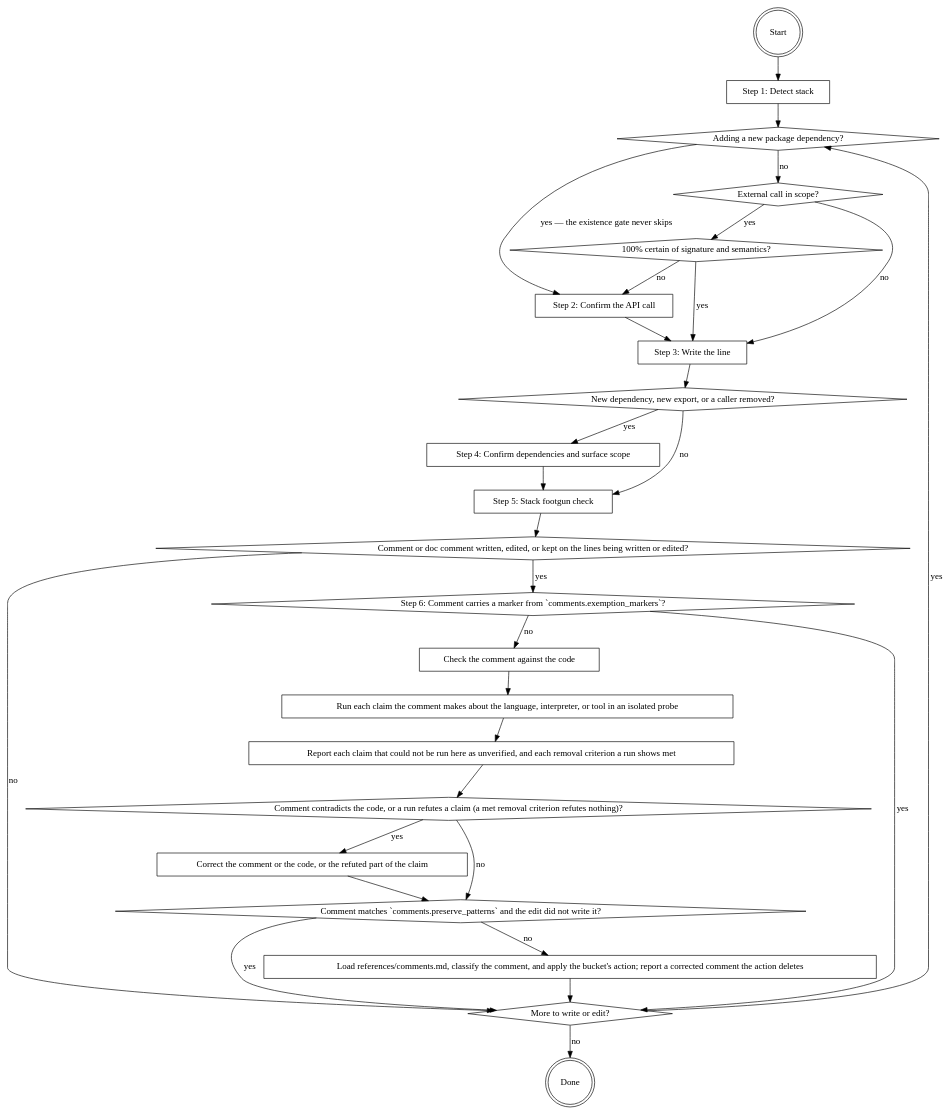
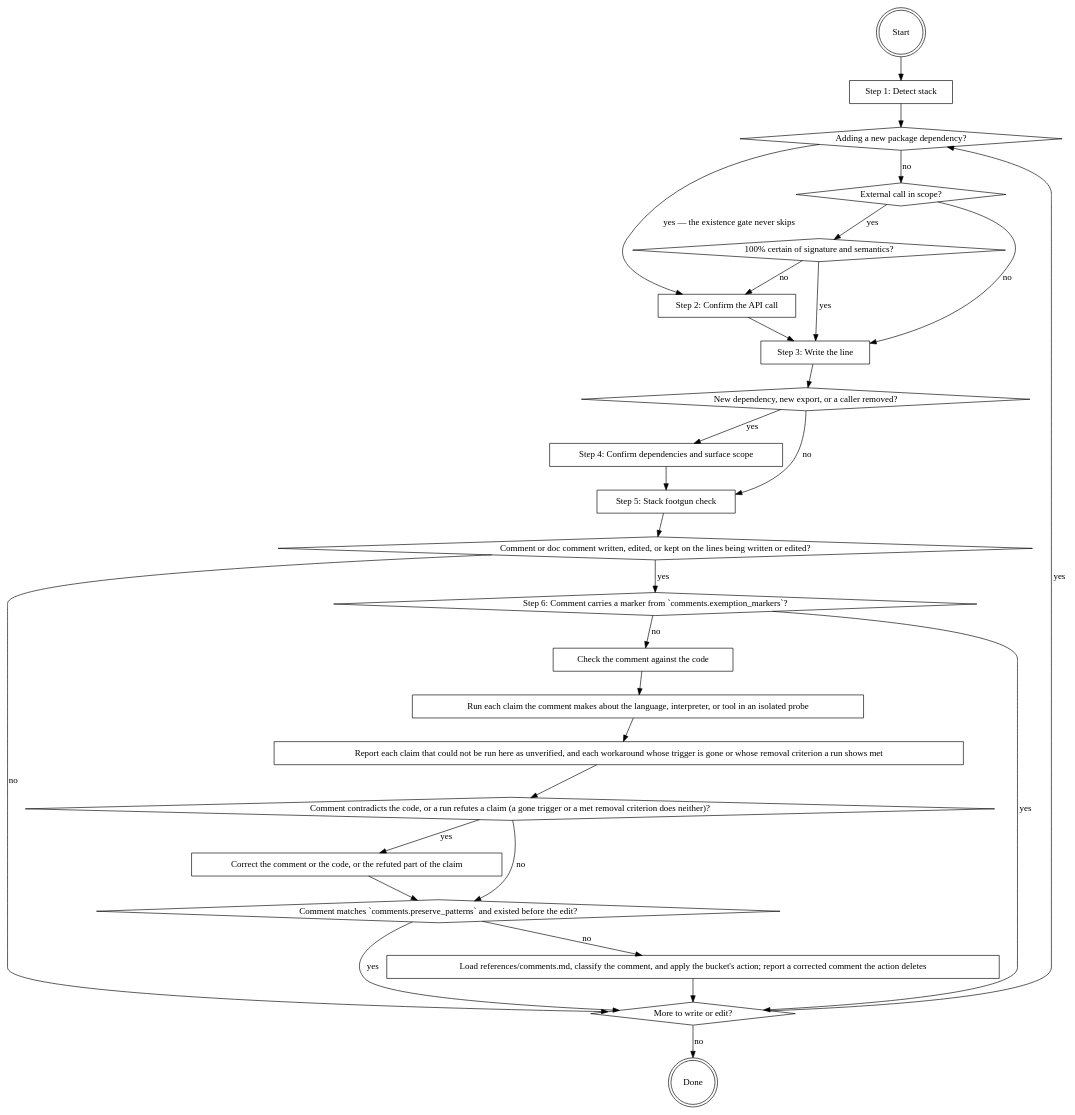
The diagram in plugins/software-writer/skills/writing-code/SKILL.md (it-bens/ai-tools), drawn with Graphviz before and after one commit. The commit also changed other lines of this file and 4 other files, not shown here.

````diff
--- a/plugins/software-writer/skills/writing-code/SKILL.md
+++ b/plugins/software-writer/skills/writing-code/SKILL.md
@@ -20,54 +20,54 @@
 ```dot
 digraph writing_code {
     "Start" [shape=doublecircle];
     "Step 1: Detect stack" [shape=box];
     "Adding a new package dependency?" [shape=diamond];
     "External call in scope?" [shape=diamond];
     "100% certain of signature and semantics?" [shape=diamond];
     "Step 2: Confirm the API call" [shape=box];
     "Step 3: Write the line" [shape=box];
     "New dependency, new export, or a caller removed?" [shape=diamond];
     "Step 4: Confirm dependencies and surface scope" [shape=box];
     "Step 5: Stack footgun check" [shape=box];
     "Comment or doc comment written, edited, or kept on the lines being written or edited?" [shape=diamond];
     "Step 6: Comment carries a marker from `comments.exemption_markers`?" [shape=diamond];
     "Check the comment against the code" [shape=box];
     "Run each claim the comment makes about the language, interpreter, or tool in an isolated probe" [shape=box];
-    "Report each claim that could not be run here as unverified, and each removal criterion a run shows met" [shape=box];
-    "Comment contradicts the code, or a run refutes a claim (a met removal criterion refutes nothing)?" [shape=diamond];
+    "Report each claim that could not be run here as unverified, and each workaround whose trigger is gone or whose removal criterion a run shows met" [shape=box];
+    "Comment contradicts the code, or a run refutes a claim (a gone trigger or a met removal criterion does neither)?" [shape=diamond];
     "Correct the comment or the code, or the refuted part of the claim" [shape=box];
-    "Comment matches `comments.preserve_patterns` and the edit did not write it?" [shape=diamond];
+    "Comment matches `comments.preserve_patterns` and existed before the edit?" [shape=diamond];
     "Load references/comments.md, classify the comment, and apply the bucket's action; report a corrected comment the action deletes" [shape=box];
     "More to write or edit?" [shape=diamond];
     "Done" [shape=doublecircle];
 
     "Start" -> "Step 1: Detect stack" -> "Adding a new package dependency?";
     "Adding a new package dependency?" -> "Step 2: Confirm the API call" [label="yes — the existence gate never skips"];
     "Adding a new package dependency?" -> "External call in scope?" [label="no"];
     "External call in scope?" -> "100% certain of signature and semantics?" [label="yes"];
     "External call in scope?" -> "Step 3: Write the line" [label="no"];
     "100% certain of signature and semantics?" -> "Step 3: Write the line" [label="yes"];
     "100% certain of signature and semantics?" -> "Step 2: Confirm the API call" [label="no"];
     "Step 2: Confirm the API call" -> "Step 3: Write the line";
     "Step 3: Write the line" -> "New dependency, new export, or a caller removed?";
     "New dependency, new export, or a caller removed?" -> "Step 4: Confirm dependencies and surface scope" [label="yes"];
     "New dependency, new export, or a caller removed?" -> "Step 5: Stack footgun check" [label="no"];
     "Step 4: Confirm dependencies and surface scope" -> "Step 5: Stack footgun check";
     "Step 5: Stack footgun check" -> "Comment or doc comment written, edited, or kept on the lines being written or edited?";
     "Comment or doc comment written, edited, or kept on the lines being written or edited?" -> "Step 6: Comment carries a marker from `comments.exemption_markers`?" [label="yes"];
     "Comment or doc comment written, edited, or kept on the lines being written or edited?" -> "More to write or edit?" [label="no"];
     "Step 6: Comment carries a marker from `comments.exemption_markers`?" -> "More to write or edit?" [label="yes"];
     "Step 6: Comment carries a marker from `comments.exemption_markers`?" -> "Check the comment against the code" [label="no"];
     "Check the comment against the code" -> "Run each claim the comment makes about the language, interpreter, or tool in an isolated probe";
-    "Run each claim the comment makes about the language, interpreter, or tool in an isolated probe" -> "Report each claim that could not be run here as unverified, and each removal criterion a run shows met";
-    "Report each claim that could not be run here as unverified, and each removal criterion a run shows met" -> "Comment contradicts the code, or a run refutes a claim (a met removal criterion refutes nothing)?";
-    "Comment contradicts the code, or a run refutes a claim (a met removal criterion refutes nothing)?" -> "Correct the comment or the code, or the refuted part of the claim" [label="yes"];
-    "Comment contradicts the code, or a run refutes a claim (a met removal criterion refutes nothing)?" -> "Comment matches `comments.preserve_patterns` and the edit did not write it?" [label="no"];
-    "Correct the comment or the code, or the refuted part of the claim" -> "Comment matches `comments.preserve_patterns` and the edit did not write it?";
-    "Comment matches `comments.preserve_patterns` and the edit did not write it?" -> "More to write or edit?" [label="yes"];
-    "Comment matches `comments.preserve_patterns` and the edit did not write it?" -> "Load references/comments.md, classify the comment, and apply the bucket's action; report a corrected comment the action deletes" [label="no"];
+    "Run each claim the comment makes about the language, interpreter, or tool in an isolated probe" -> "Report each claim that could not be run here as unverified, and each workaround whose trigger is gone or whose removal criterion a run shows met";
+    "Report each claim that could not be run here as unverified, and each workaround whose trigger is gone or whose removal criterion a run shows met" -> "Comment contradicts the code, or a run refutes a claim (a gone trigger or a met removal criterion does neither)?";
+    "Comment contradicts the code, or a run refutes a claim (a gone trigger or a met removal criterion does neither)?" -> "Correct the comment or the code, or the refuted part of the claim" [label="yes"];
+    "Comment contradicts the code, or a run refutes a claim (a gone trigger or a met removal criterion does neither)?" -> "Comment matches `comments.preserve_patterns` and existed before the edit?" [label="no"];
+    "Correct the comment or the code, or the refuted part of the claim" -> "Comment matches `comments.preserve_patterns` and existed before the edit?";
+    "Comment matches `comments.preserve_patterns` and existed before the edit?" -> "More to write or edit?" [label="yes"];
+    "Comment matches `comments.preserve_patterns` and existed before the edit?" -> "Load references/comments.md, classify the comment, and apply the bucket's action; report a corrected comment the action deletes" [label="no"];
     "Load references/comments.md, classify the comment, and apply the bucket's action; report a corrected comment the action deletes" -> "More to write or edit?";
     "More to write or edit?" -> "Adding a new package dependency?" [label="yes"];
     "More to write or edit?" -> "Done" [label="no"];
 }
 ```
````
